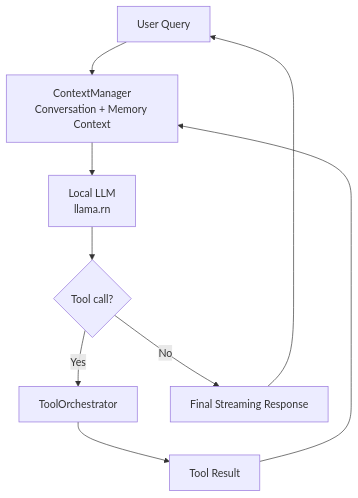
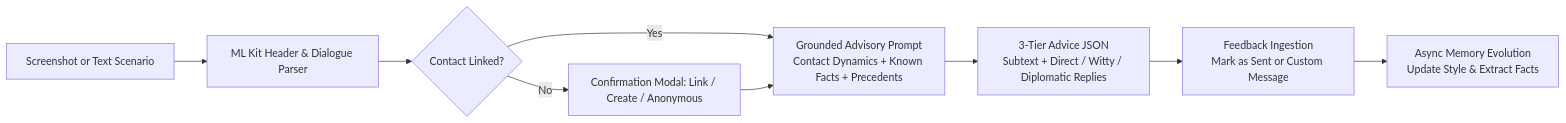
The fourth of 4 diagrams in README.md (Yatin-2001/EdgeAnalyzer), drawn with Mermaid before and after one commit. The commit also changed other lines of this file and 3 other files, not shown here.

````diff
--- a/README.md
+++ b/README.md
@@ -328,21 +188,20 @@
-``` mermaid
-flowchart TD
-    USER["User Query"]
-    CONTEXT["ContextManager<br/>Conversation + Memory Context"]
-    MODEL["Local LLM<br/>llama.rn"]
-    DECISION{"Tool call?"}
-    TOOL["ToolOrchestrator"]
-    RESULT["Tool Result"]
-    RESPONSE["Final Streaming Response"]
+```mermaid
+flowchart LR
+    INPUT["Screenshot or Text Scenario"]
+    OCR["ML Kit Header & Dialogue Parser"]
+    MATCH{"Contact Linked?"}
+    PROMPT["Grounded Advisory Prompt<br/>Contact Dynamics + Known Facts + Precedents"]
+    ADVICE["3-Tier Advice JSON<br/>Subtext + Direct / Witty / Diplomatic Replies"]
+    FEEDBACK["Feedback Ingestion<br/>Mark as Sent or Custom Message"]
+    EVOLVE["Async Memory Evolution<br/>Update Style & Extract Facts"]
 
-    USER --> CONTEXT
-    CONTEXT --> MODEL
-    MODEL --> DECISION
+    INPUT --> OCR
+    OCR --> MATCH
+    MATCH -->|No| MODAL["Confirmation Modal: Link / Create / Anonymous"]
+    MATCH -->|Yes| PROMPT
+    MODAL --> PROMPT
+    PROMPT --> ADVICE
+    ADVICE --> FEEDBACK
+    FEEDBACK --> EVOLVE
 
-    DECISION -->|No| RESPONSE
-    DECISION -->|Yes| TOOL
-    TOOL --> RESULT
-    RESULT --> CONTEXT
-
-    RESPONSE --> USER
 ```
````
